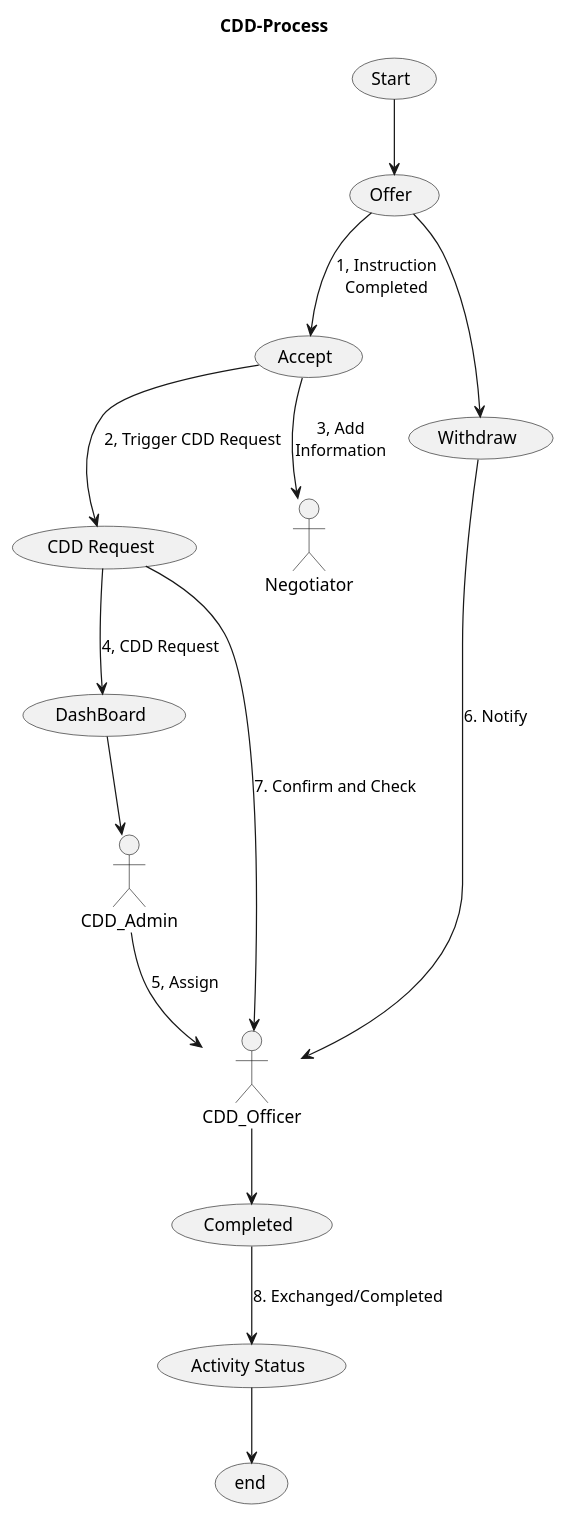
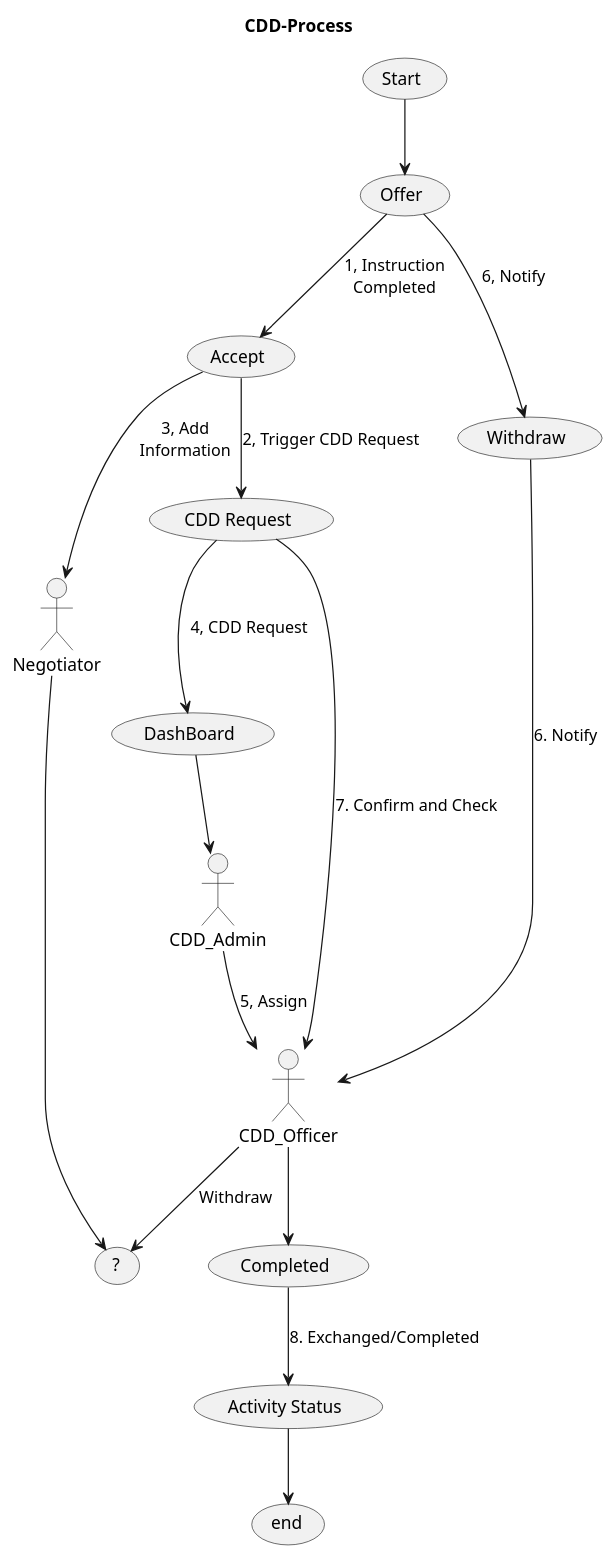
One commit to Kf-GaryNewport/Kf-GaryNewport.github.io changed the diagram in assets/CDD-Process.puml. Above: the diagram before and after it, drawn with PlantUML. The commit also changed 1 other file, not shown here.

```diff
--- a/assets/CDD-Process.puml
+++ b/assets/CDD-Process.puml
@@ -1,18 +1,20 @@
 @startuml CDDProcess
 
 title CDD-Process
 
 (Start) --> (Offer)
 (Offer) --> (Accept) : 1, Instruction\nCompleted
 (Accept) --> (CDD Request) : 2, Trigger CDD Request
 (Accept) --> Negotiator : 3, Add\nInformation
+Negotiator --> (?)
 (CDD Request) --> (DashBoard) : 4, CDD Request
 (DashBoard) --> CDD_Admin
 CDD_Admin --> CDD_Officer : 5, Assign
-(Offer) --> (Withdraw) 
+(Offer) --> (Withdraw) : 6, Notify
 (Withdraw) --> CDD_Officer : 6. Notify
 (CDD Request) --> CDD_Officer : 7. Confirm and Check
 CDD_Officer --> (Completed)
+CDD_Officer --> (?) : Withdraw
 (Completed) --> (Activity Status) : 8. Exchanged/Completed
 (Activity Status) --> (end)
 @enduml
```
